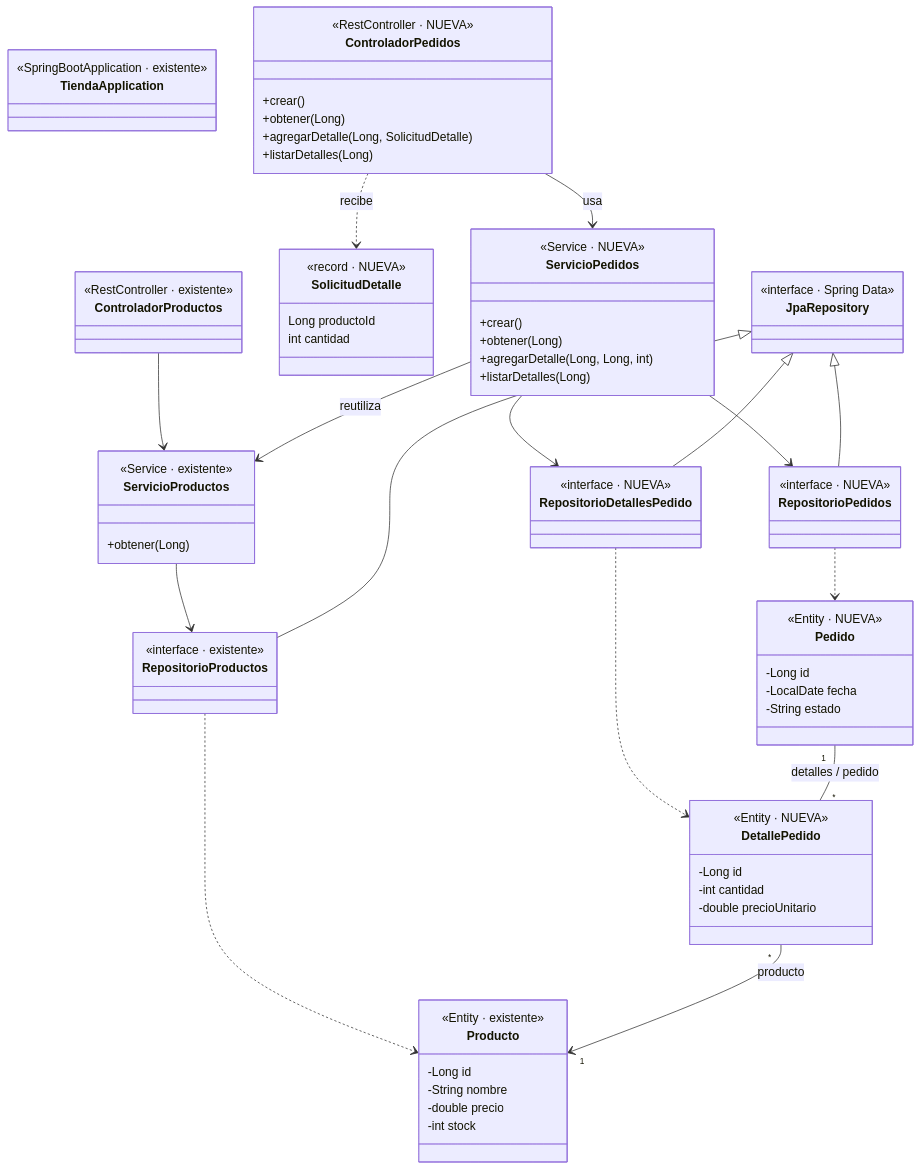
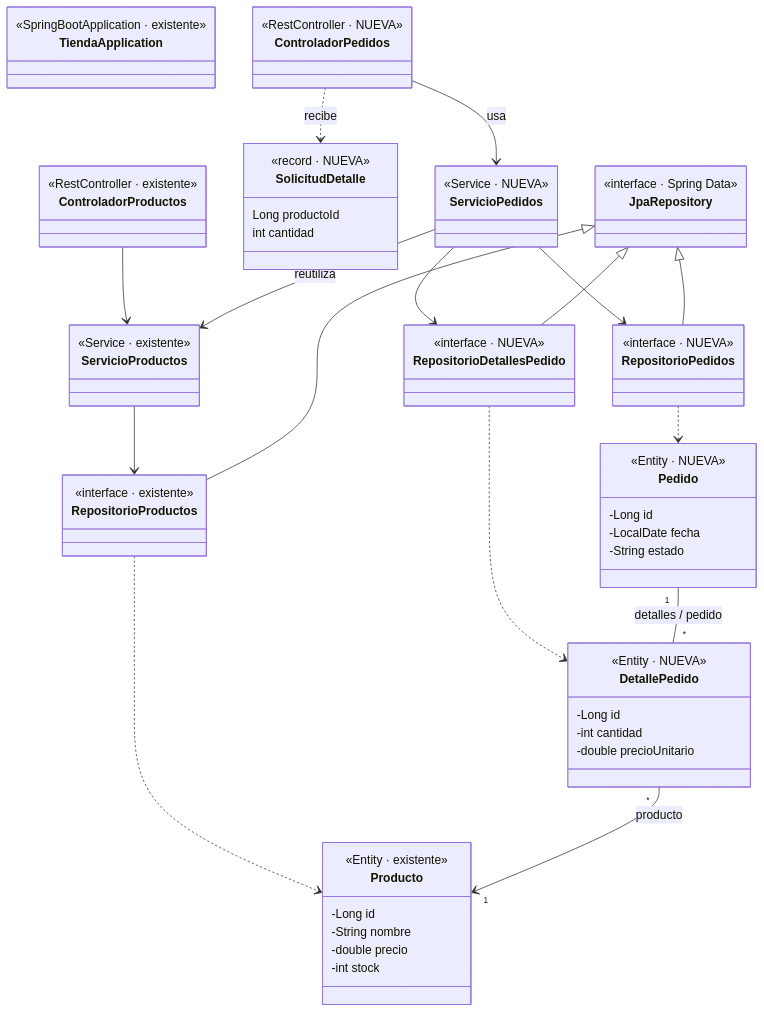
Before and after one commit to crodrigr/skill-spring-boot: the diagram in generador-cursos/curso-spring-boot/guias/modulo-03-04/03-guia-tienda-2-uno-a-muchos.md, drawn with Mermaid. The commit also changed 2 other files, not shown here.

````diff
--- a/generador-cursos/curso-spring-boot/guias/modulo-03-04/03-guia-tienda-2-uno-a-muchos.md
+++ b/generador-cursos/curso-spring-boot/guias/modulo-03-04/03-guia-tienda-2-uno-a-muchos.md
@@ -12,80 +12,71 @@
 ```mermaid
 classDiagram
     direction TB
     class TiendaApplication {
         <<SpringBootApplication · existente>>
     }
     class ControladorProductos {
         <<RestController · existente>>
     }
     class ServicioProductos {
         <<Service · existente>>
-        +obtener(Long)
     }
     class RepositorioProductos {
         <<interface · existente>>
     }
     class Producto {
         <<Entity · existente>>
         -Long id
         -String nombre
         -double precio
         -int stock
     }
     class ControladorPedidos {
         <<RestController · NUEVA>>
-        +crear()
-        +obtener(Long)
-        +agregarDetalle(Long, SolicitudDetalle)
-        +listarDetalles(Long)
     }
     class SolicitudDetalle {
         <<record · NUEVA>>
         Long productoId
         int cantidad
     }
     class ServicioPedidos {
         <<Service · NUEVA>>
-        +crear()
-        +obtener(Long)
-        +agregarDetalle(Long, Long, int)
-        +listarDetalles(Long)
     }
     class RepositorioPedidos {
         <<interface · NUEVA>>
     }
     class RepositorioDetallesPedido {
         <<interface · NUEVA>>
     }
     class JpaRepository {
         <<interface · Spring Data>>
     }
     class Pedido {
         <<Entity · NUEVA>>
         -Long id
         -LocalDate fecha
         -String estado
     }
     class DetallePedido {
         <<Entity · NUEVA>>
         -Long id
         -int cantidad
         -double precioUnitario
     }
 
     ControladorProductos --> ServicioProductos
     ServicioProductos --> RepositorioProductos
     ControladorPedidos --> ServicioPedidos : usa
     ControladorPedidos ..> SolicitudDetalle : recibe
     ServicioPedidos --> RepositorioPedidos
     ServicioPedidos --> RepositorioDetallesPedido
     ServicioPedidos --> ServicioProductos : reutiliza
     JpaRepository <|-- RepositorioProductos
     JpaRepository <|-- RepositorioPedidos
     JpaRepository <|-- RepositorioDetallesPedido
     RepositorioProductos ..> Producto
     RepositorioPedidos ..> Pedido
     RepositorioDetallesPedido ..> DetallePedido
     Pedido "1" -- "*" DetallePedido : detalles / pedido
     DetallePedido "*" --> "1" Producto : producto
 ```
````
